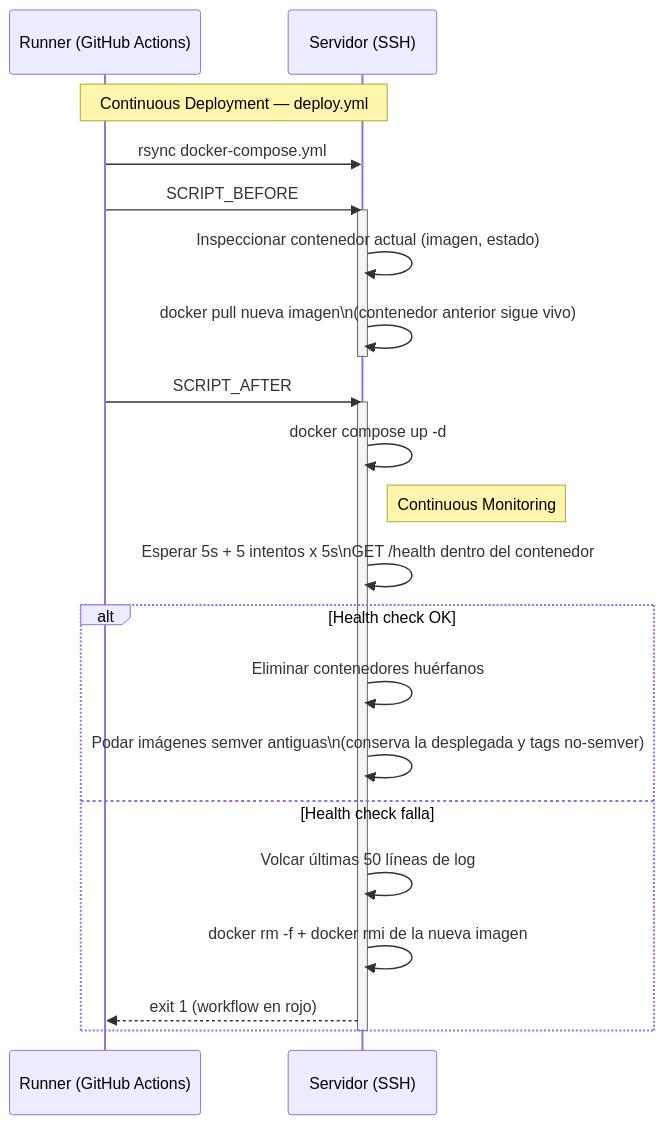
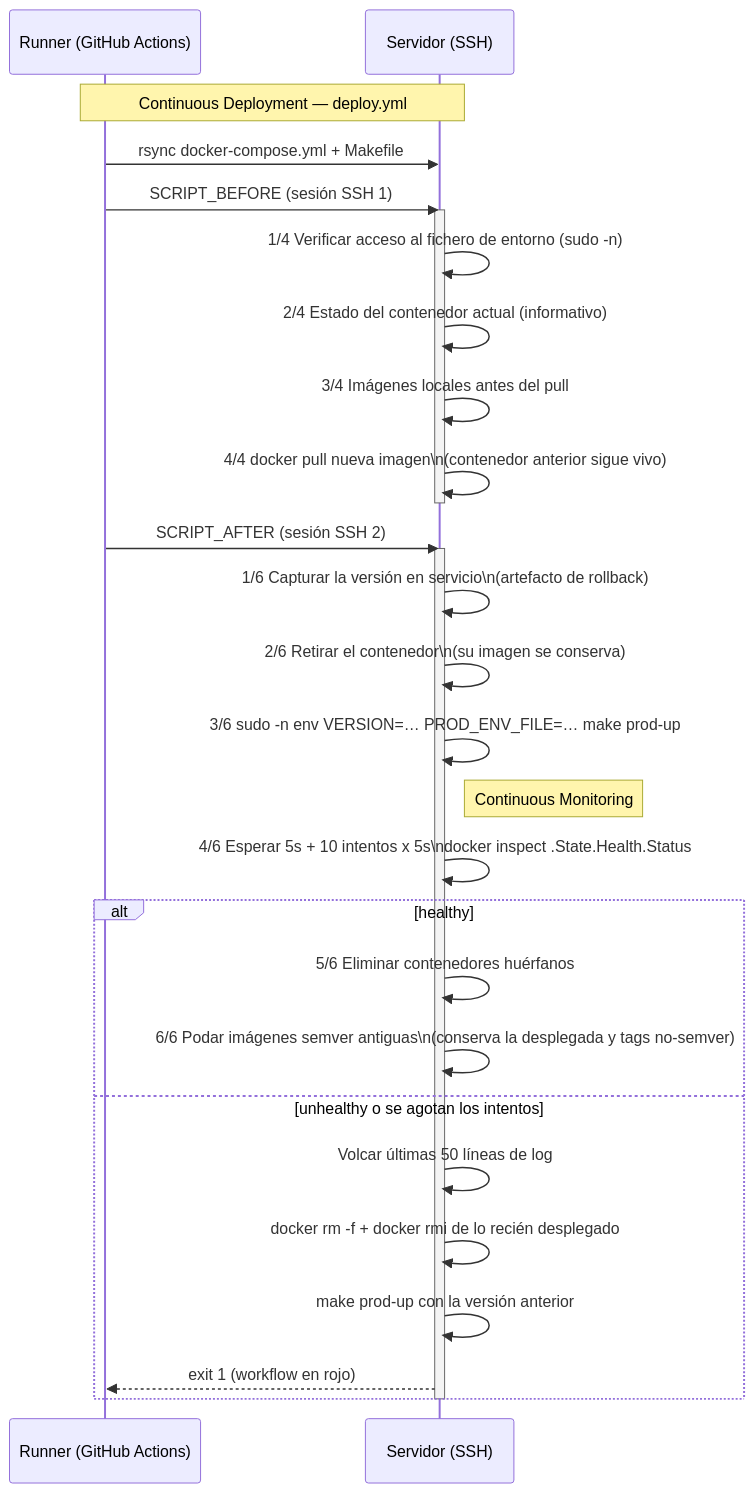
The second of 3 diagrams in docs/ci-cd.md (SorianoTech/FitCoachIA), drawn with Mermaid before and after one commit. The commit also changed other lines of this file and 2 other files, not shown here.

````diff
--- a/docs/ci-cd.md
+++ b/docs/ci-cd.md
@@ -187,27 +192,32 @@
 ```mermaid
 sequenceDiagram
     participant R as Runner (GitHub Actions)
     participant S as Servidor (SSH)
 
     Note over R,S: Continuous Deployment — deploy.yml
-    R->>S: rsync docker-compose.yml
-    R->>S: SCRIPT_BEFORE
+    R->>S: rsync docker-compose.yml + Makefile
+    R->>S: SCRIPT_BEFORE (sesión SSH 1)
     activate S
-    S->>S: Inspeccionar contenedor actual (imagen, estado)
-    S->>S: docker pull nueva imagen\n(contenedor anterior sigue vivo)
+    S->>S: 1/4 Verificar acceso al fichero de entorno (sudo -n)
+    S->>S: 2/4 Estado del contenedor actual (informativo)
+    S->>S: 3/4 Imágenes locales antes del pull
+    S->>S: 4/4 docker pull nueva imagen\n(contenedor anterior sigue vivo)
     deactivate S
-    R->>S: SCRIPT_AFTER
+    R->>S: SCRIPT_AFTER (sesión SSH 2)
     activate S
-    S->>S: docker compose up -d
+    S->>S: 1/6 Capturar la versión en servicio\n(artefacto de rollback)
+    S->>S: 2/6 Retirar el contenedor\n(su imagen se conserva)
+    S->>S: 3/6 sudo -n env VERSION=… PROD_ENV_FILE=… make prod-up
     Note right of S: Continuous Monitoring
-    S->>S: Esperar 5s + 5 intentos x 5s\nGET /health dentro del contenedor
-    alt Health check OK
-        S->>S: Eliminar contenedores huérfanos
-        S->>S: Podar imágenes semver antiguas\n(conserva la desplegada y tags no-semver)
-    else Health check falla
+    S->>S: 4/6 Esperar 5s + 10 intentos x 5s\ndocker inspect .State.Health.Status
+    alt healthy
+        S->>S: 5/6 Eliminar contenedores huérfanos
+        S->>S: 6/6 Podar imágenes semver antiguas\n(conserva la desplegada y tags no-semver)
+    else unhealthy o se agotan los intentos
         S->>S: Volcar últimas 50 líneas de log
-        S->>S: docker rm -f + docker rmi de la nueva imagen
+        S->>S: docker rm -f + docker rmi de lo recién desplegado
+        S->>S: make prod-up con la versión anterior
         S-->>R: exit 1 (workflow en rojo)
     end
     deactivate S
 ```
````
